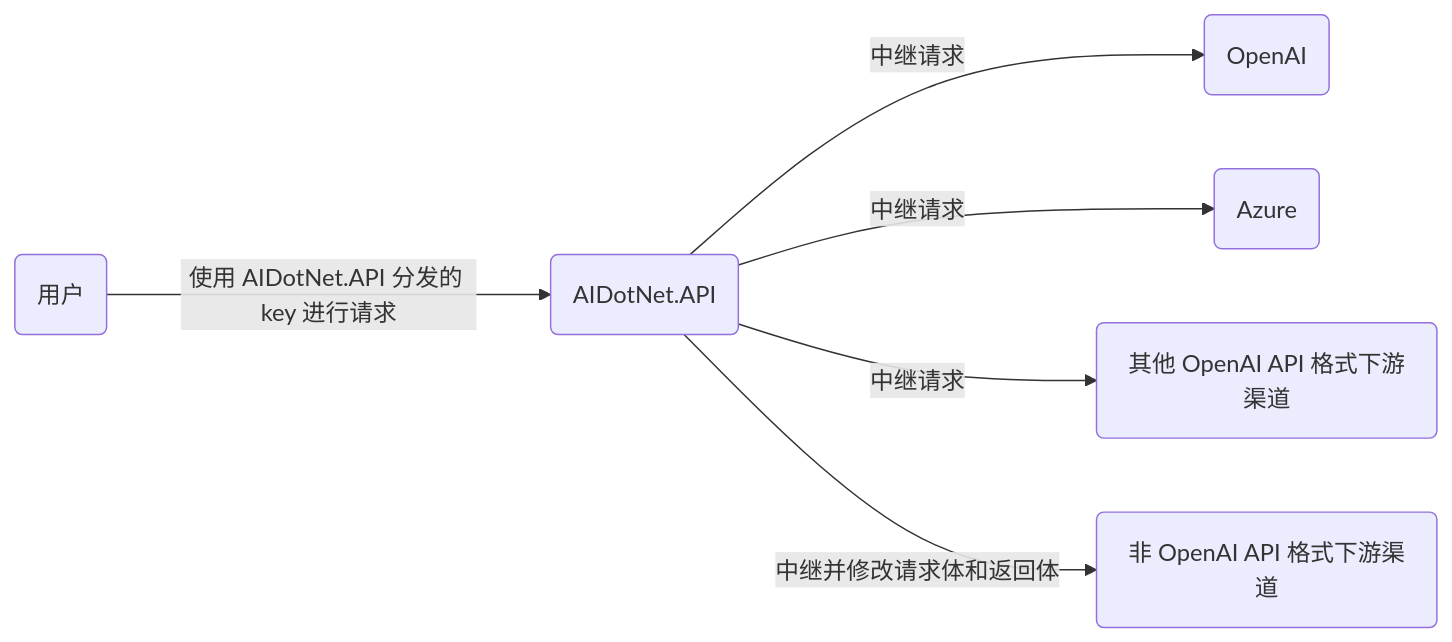
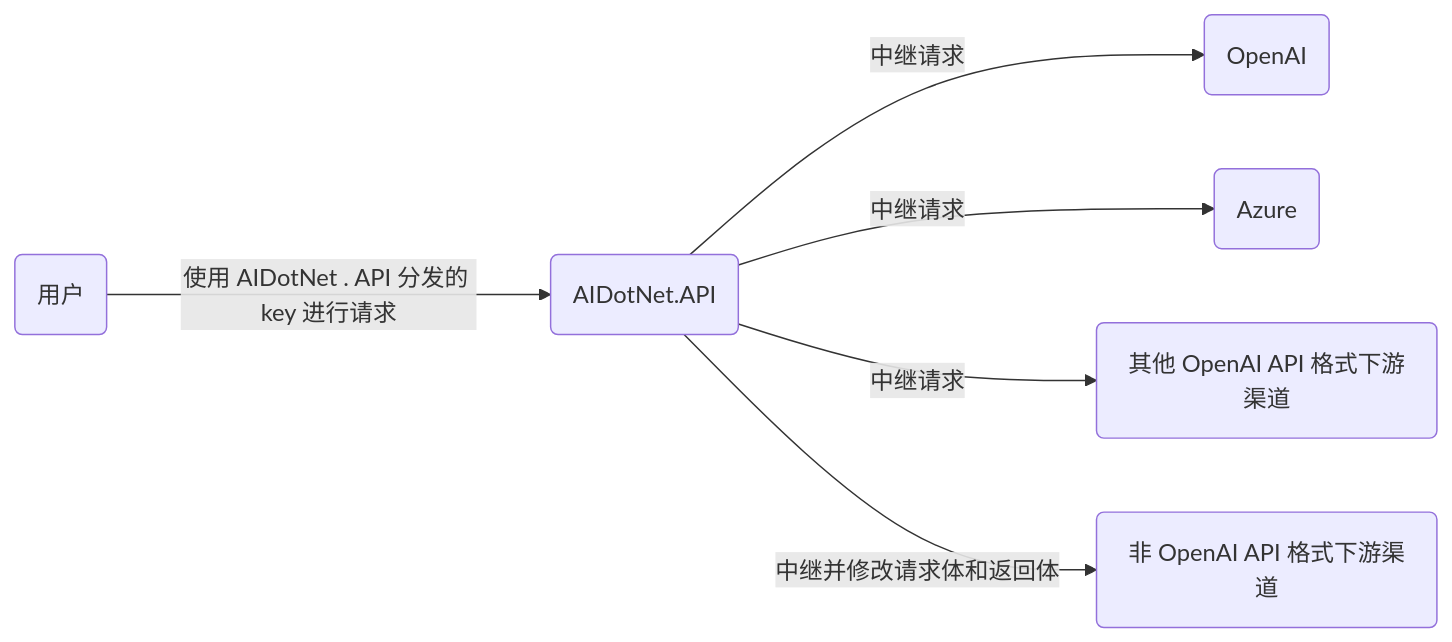
Before and after one commit to AIDotNet/Thor: the diagram in README.md, drawn with Mermaid. The commit also changed other lines of this file and 14 other files, not shown here.

````diff
--- a/README.md
+++ b/README.md
@@ -88,9 +107,9 @@
 ```mermaid
 graph LR
     A(用户)
-    A --->|使用 AIDotNet.API 分发的 key 进行请求| B(AIDotNet.API)
+    A --->|使用 AIDotNet . API 分发的 key 进行请求| B(AIDotNet.API)
     B -->|中继请求| C(OpenAI)
     B -->|中继请求| D(Azure)
     B -->|中继请求| E(其他 OpenAI API 格式下游渠道)
     B -->|中继并修改请求体和返回体| F(非 OpenAI API 格式下游渠道)
 ```
````
